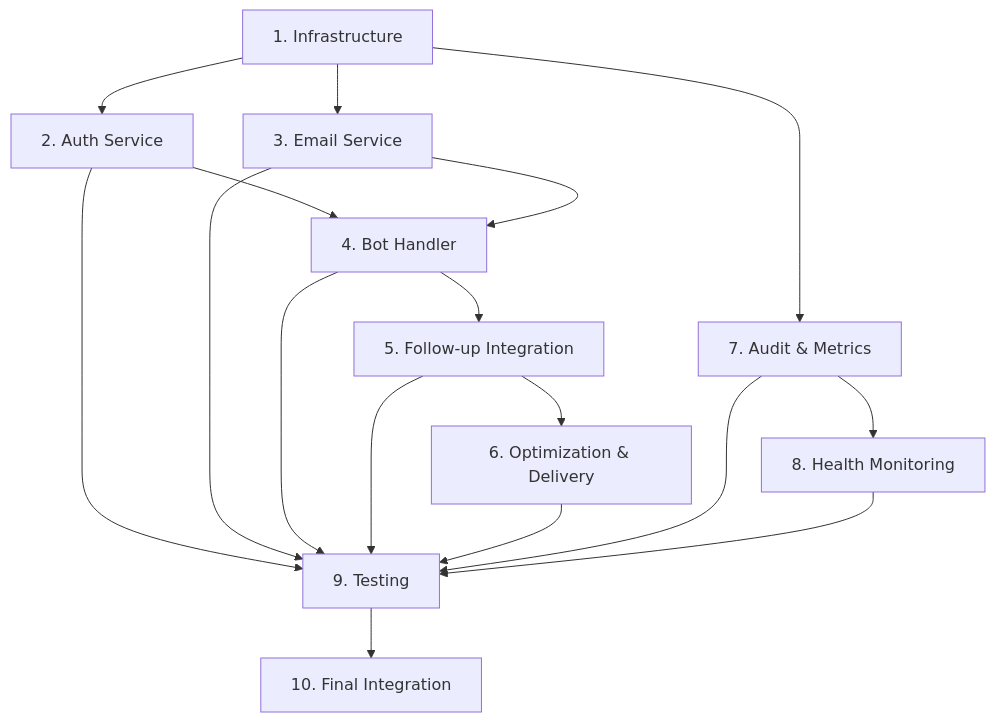
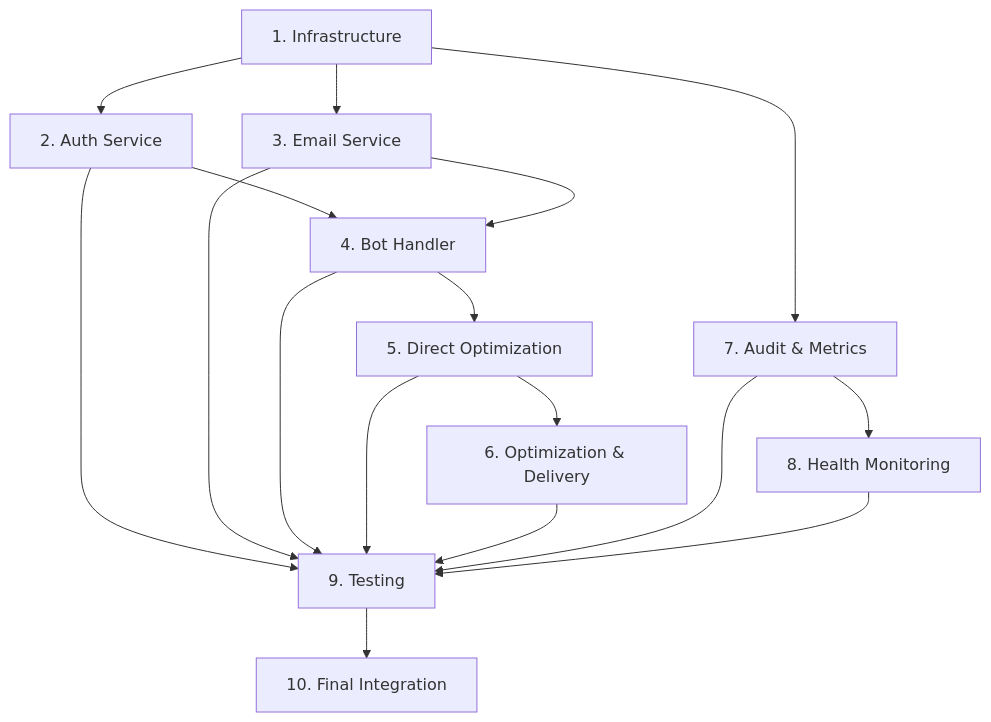
Before and after one commit to gushinets/PromptEngineerBot: the diagram in .kiro/specs/email-prompt-delivery/tasks.md, drawn with Mermaid. The commit also changed other lines of this file and 14 other files, not shown here.

First line of the commit message:
feat: implement direct optimization workflow for email prompts

````diff
--- a/.kiro/specs/email-prompt-delivery/tasks.md
+++ b/.kiro/specs/email-prompt-delivery/tasks.md
@@ -406,19 +432,19 @@
 ```mermaid
 graph TD
     A[1. Infrastructure] --> B[2. Auth Service]
     A --> C[3. Email Service]
     B --> D[4. Bot Handler]
     C --> D
-    D --> E[5. Follow-up Integration]
+    D --> E[5. Direct Optimization]
     E --> F[6. Optimization & Delivery]
     A --> G[7. Audit & Metrics]
     G --> H[8. Health Monitoring]
     B --> I[9. Testing]
     C --> I
     D --> I
     E --> I
     F --> I
     G --> I
     H --> I
     I --> J[10. Final Integration]
 ```
````
